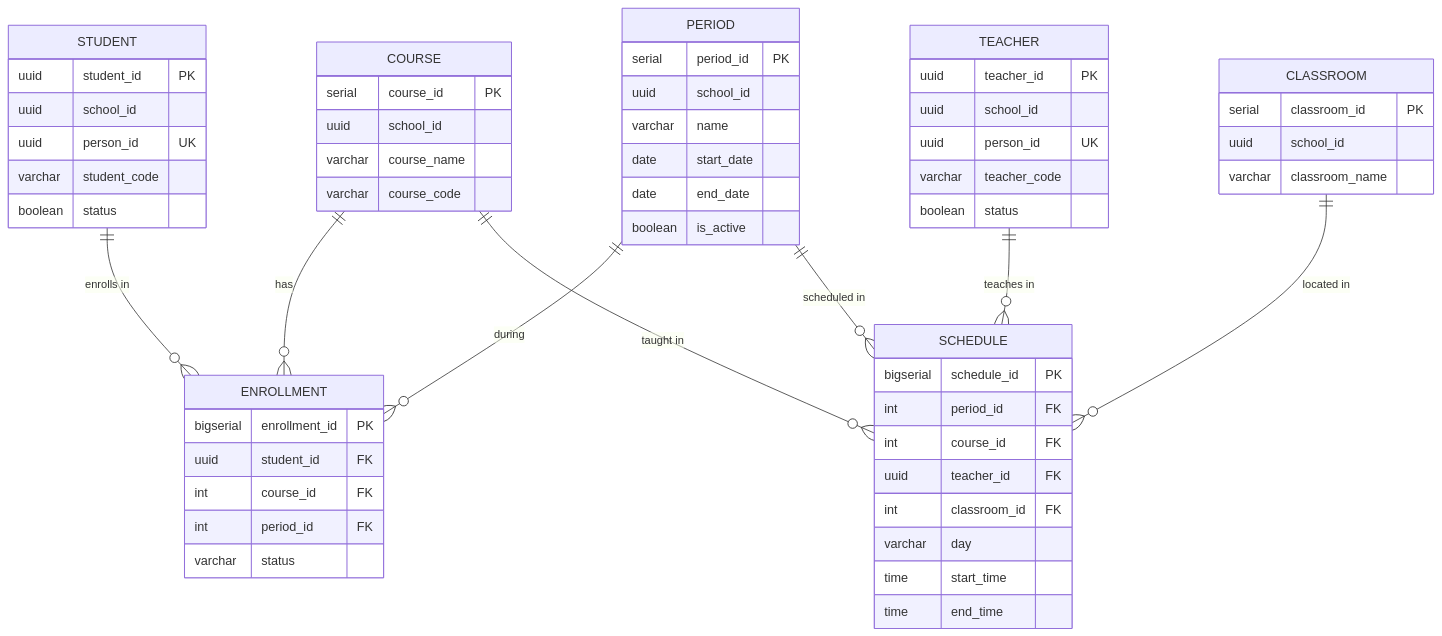
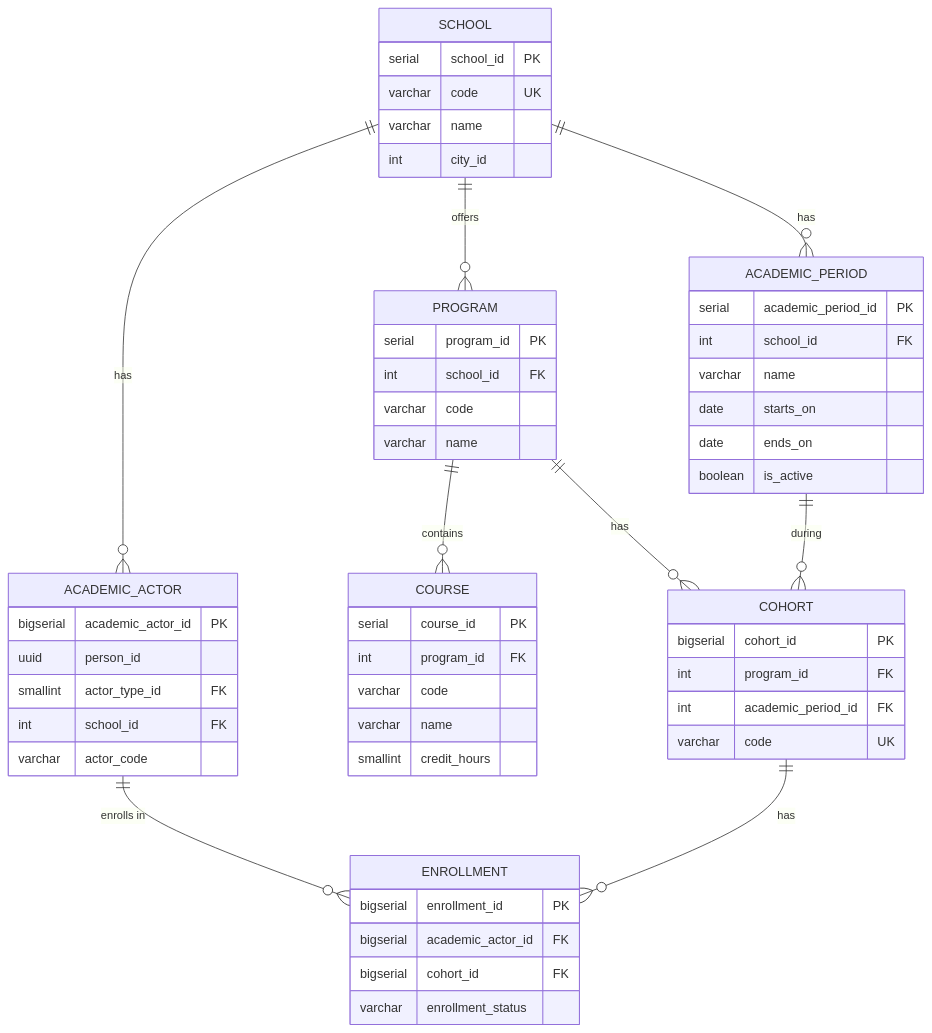
Before and after one commit to code-sena/fae-docs: the diagram in 06-data/domains/03-academic.md, drawn with Mermaid. The commit also changed other lines of this file and 14 other files, not shown here.

````diff
--- a/06-data/domains/03-academic.md
+++ b/06-data/domains/03-academic.md
@@ -397,61 +419,58 @@
 ```mermaid
 erDiagram
-    STUDENT {
-        uuid student_id PK
-        uuid school_id
-        uuid person_id UK
-        varchar student_code
-        boolean status
+    SCHOOL {
+        serial school_id PK
+        varchar code UK
+        varchar name
+        int city_id
     }
-    TEACHER {
-        uuid teacher_id PK
-        uuid school_id
-        uuid person_id UK
-        varchar teacher_code
-        boolean status
+    PROGRAM {
+        serial program_id PK
+        int school_id FK
+        varchar code
+        varchar name
+    }
+    ACADEMIC_PERIOD {
+        serial academic_period_id PK
+        int school_id FK
+        varchar name
+        date starts_on
+        date ends_on
+        boolean is_active
+    }
+    COHORT {
+        bigserial cohort_id PK
+        int program_id FK
+        int academic_period_id FK
+        varchar code UK
     }
     COURSE {
         serial course_id PK
-        uuid school_id
-        varchar course_name
-        varchar course_code
+        int program_id FK
+        varchar code
+        varchar name
+        smallint credit_hours
     }
-    CLASSROOM {
-        serial classroom_id PK
-        uuid school_id
-        varchar classroom_name
-    }
-    PERIOD {
-        serial period_id PK
-        uuid school_id
-        varchar name
-        date start_date
-        date end_date
-        boolean is_active
+    ACADEMIC_ACTOR {
+        bigserial academic_actor_id PK
+        uuid person_id
+        smallint actor_type_id FK
+        int school_id FK
+        varchar actor_code
     }
     ENROLLMENT {
         bigserial enrollment_id PK
-        uuid student_id FK
-        int course_id FK
-        int period_id FK
-        varchar status
-    }
-    SCHEDULE {
-        bigserial schedule_id PK
-        int period_id FK
-        int course_id FK
-        uuid teacher_id FK
-        int classroom_id FK
-        varchar day
-        time start_time
-        time end_time
+        bigserial academic_actor_id FK
+        bigserial cohort_id FK
+        varchar enrollment_status
     }
 
-    STUDENT ||--o{ ENROLLMENT : "enrolls in"
-    COURSE ||--o{ ENROLLMENT : "has"
-    PERIOD ||--o{ ENROLLMENT : "during"
-    PERIOD ||--o{ SCHEDULE : "scheduled in"
-    COURSE ||--o{ SCHEDULE : "taught in"
-    TEACHER ||--o{ SCHEDULE : "teaches in"
-    CLASSROOM ||--o{ SCHEDULE : "located in"
+    SCHOOL ||--o{ PROGRAM : "offers"
+    SCHOOL ||--o{ ACADEMIC_PERIOD : "has"
+    PROGRAM ||--o{ COHORT : "has"
+    ACADEMIC_PERIOD ||--o{ COHORT : "during"
+    PROGRAM ||--o{ COURSE : "contains"
+    SCHOOL ||--o{ ACADEMIC_ACTOR : "has"
+    ACADEMIC_ACTOR ||--o{ ENROLLMENT : "enrolls in"
+    COHORT ||--o{ ENROLLMENT : "has"
 ```
````
